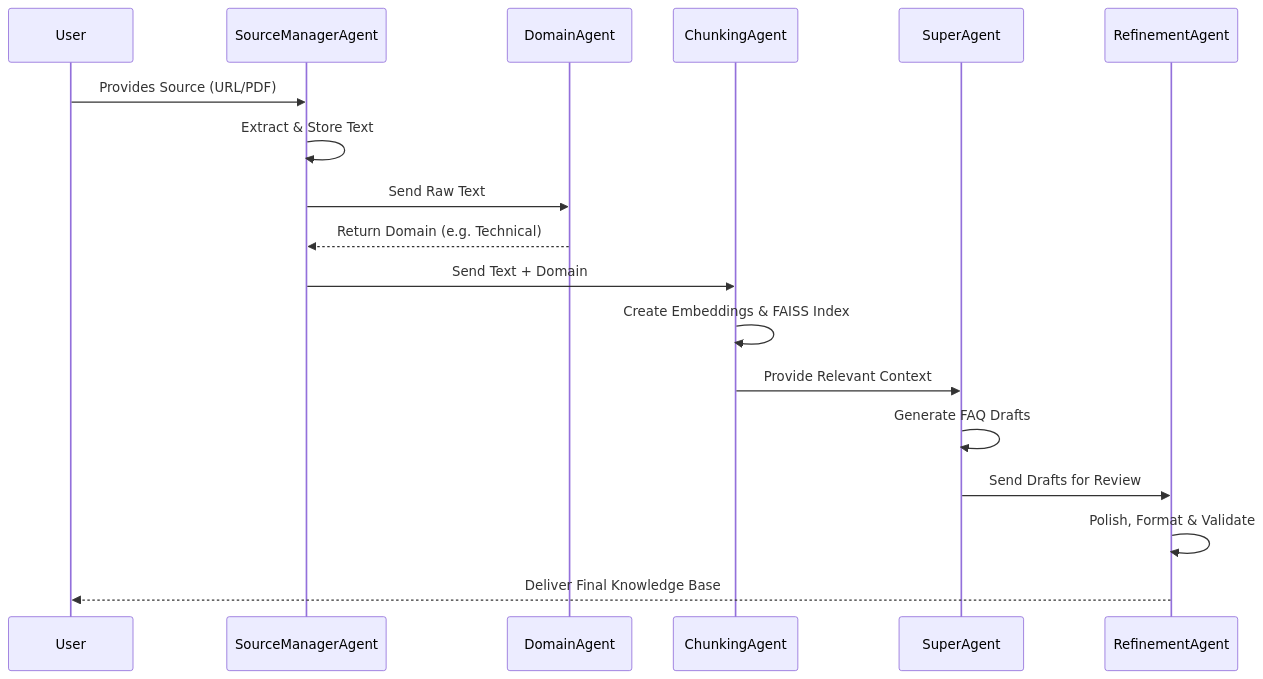
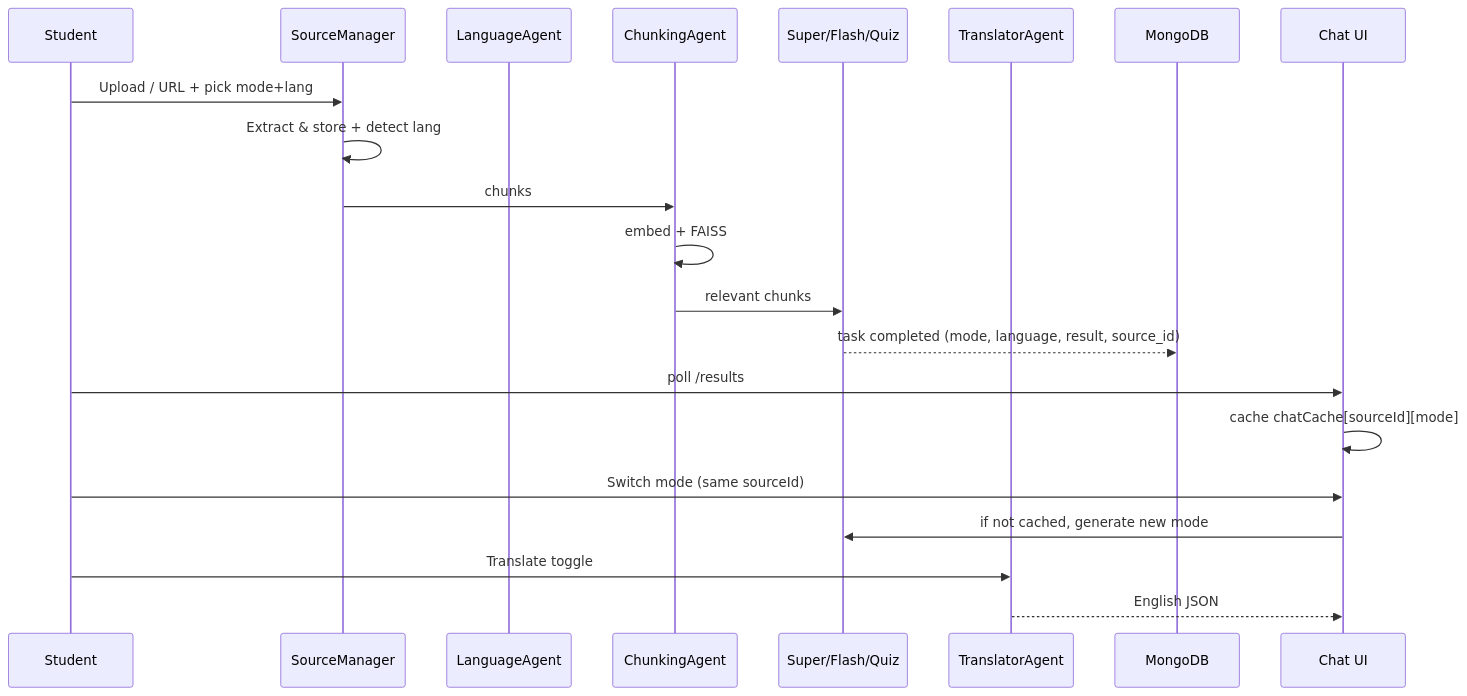
One commit to DORAEMONBHAIYA/faq changed the second of 2 diagrams in SYSTEM_ARCHITECTURE.md. Above: the diagram before and after it, drawn with Mermaid. The commit also changed other lines of this file and 34 other files, not shown here.

````diff
--- a/SYSTEM_ARCHITECTURE.md
+++ b/SYSTEM_ARCHITECTURE.md
@@ -54,21 +63,24 @@
 ```mermaid
 sequenceDiagram
-    participant U as User
-    participant SMA as SourceManagerAgent
-    participant DA as DomainAgent
+    participant U as Student
+    participant SMA as SourceManager
+    participant LA as LanguageAgent
     participant CA as ChunkingAgent
-    participant SA as SuperAgent
-    participant RA as RefinementAgent
+    participant SA as Super/Flash/Quiz
+    participant TA as TranslatorAgent
+    participant DB as MongoDB
+    participant UI as Chat UI
 
-    U->>SMA: Provides Source (URL/PDF)
-    SMA->>SMA: Extract & Store Text
-    SMA->>DA: Send Raw Text
-    DA-->>SMA: Return Domain (e.g. Technical)
-    SMA->>CA: Send Text + Domain
-    CA->>CA: Create Embeddings & FAISS Index
-    CA->>SA: Provide Relevant Context
-    SA->>SA: Generate FAQ Drafts
-    SA->>RA: Send Drafts for Review
-    RA->>RA: Polish, Format & Validate
-    RA-->>U: Deliver Final Knowledge Base
+    U->>SMA: Upload / URL + pick mode+lang
+    SMA->>SMA: Extract & store + detect lang
+    SMA->>CA: chunks
+    CA->>CA: embed + FAISS
+    CA->>SA: relevant chunks
+    SA-->>DB: task completed (mode, language, result, source_id)
+    U->>UI: poll /results
+    UI->>UI: cache chatCache[sourceId][mode]
+    U->>UI: Switch mode (same sourceId)
+    UI->>SA: if not cached, generate new mode
+    U->>TA: Translate toggle
+    TA-->>UI: English JSON
 ```
````
